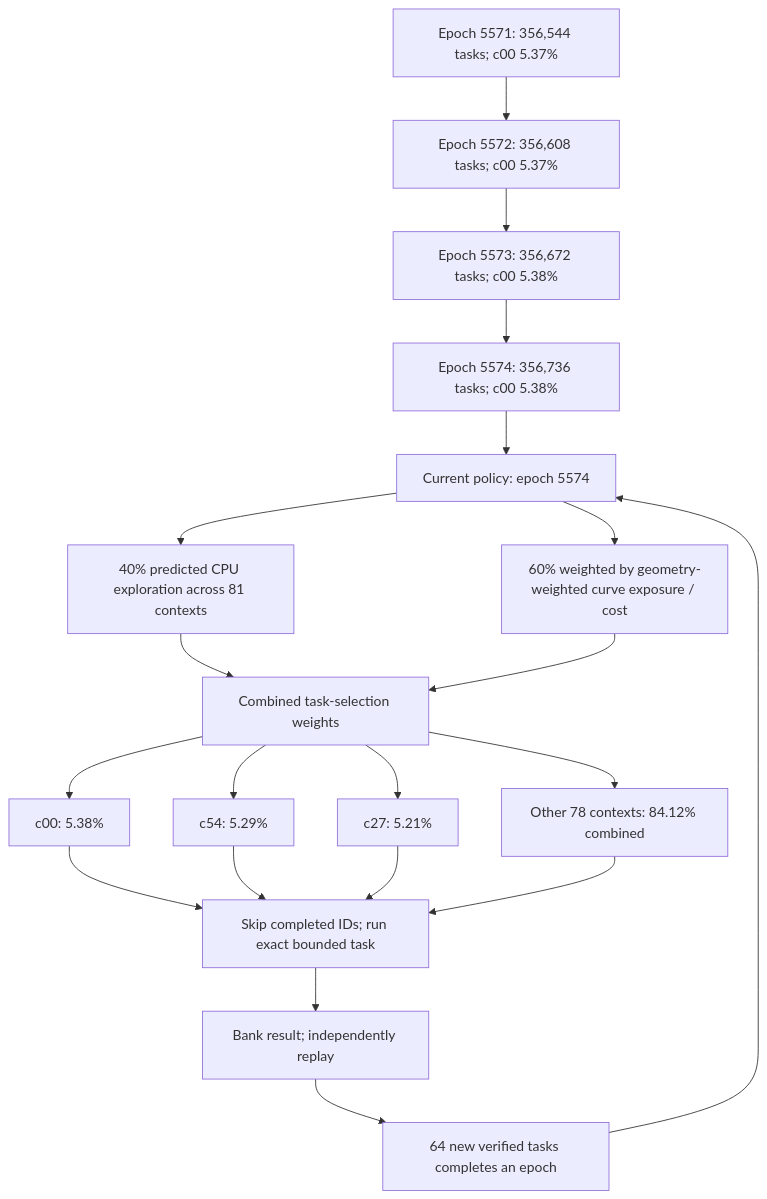
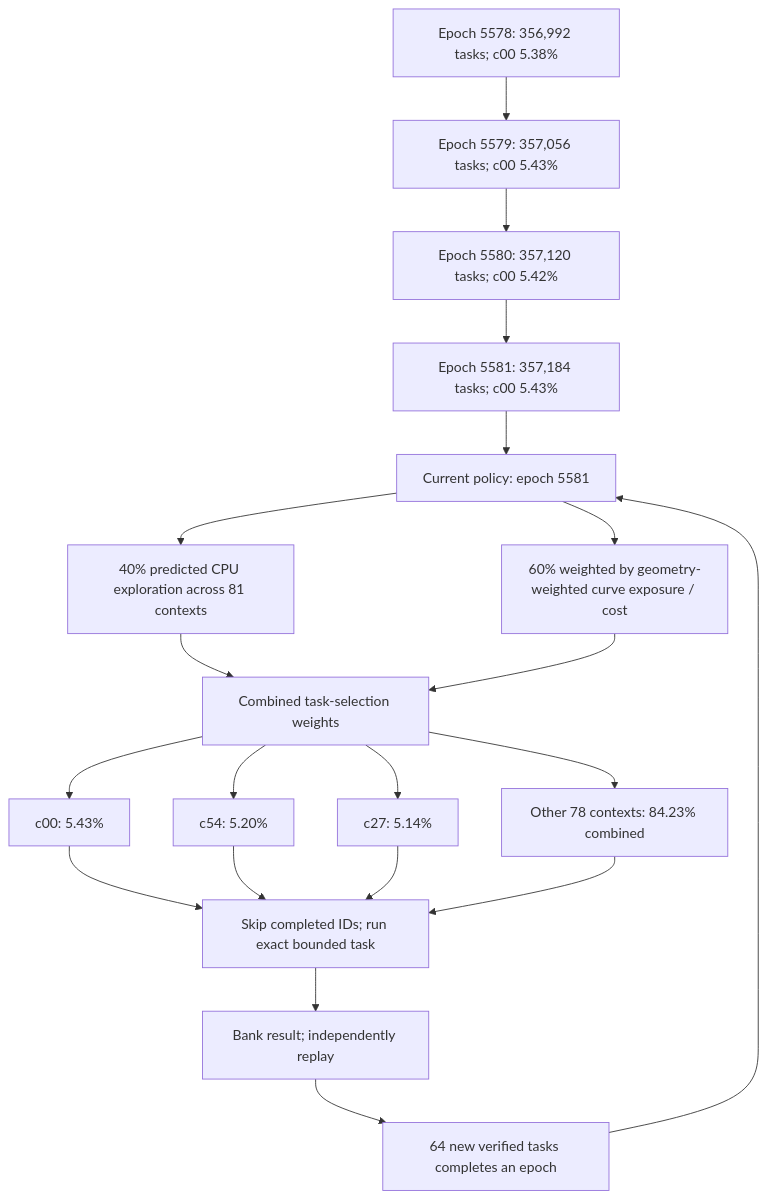
One commit to Kuberwastaken/math-gambling changed the first of 3 diagrams in README.md. Above: the diagram before and after it, drawn with Mermaid. The commit also changed other lines of this file and 1190 other files, not shown here.

````diff
--- a/README.md
+++ b/README.md
@@ -60,27 +60,27 @@
 ```mermaid
 flowchart TD
-    H0["Epoch 5571: 356,544 tasks; c00 5.37%"]
-    H1["Epoch 5572: 356,608 tasks; c00 5.37%"]
+    H0["Epoch 5578: 356,992 tasks; c00 5.38%"]
+    H1["Epoch 5579: 357,056 tasks; c00 5.43%"]
     H0 --> H1
-    H2["Epoch 5573: 356,672 tasks; c00 5.38%"]
+    H2["Epoch 5580: 357,120 tasks; c00 5.42%"]
     H1 --> H2
-    H3["Epoch 5574: 356,736 tasks; c00 5.38%"]
+    H3["Epoch 5581: 357,184 tasks; c00 5.43%"]
     H2 --> H3
-    Policy["Current policy: epoch 5574"]
+    Policy["Current policy: epoch 5581"]
     H3 --> Policy
     Policy --> Explore["40% predicted CPU exploration across 81 contexts"]
     Policy --> Cost["60% weighted by geometry-weighted curve exposure / cost"]
     Explore --> Mix["Combined task-selection weights"]
     Cost --> Mix
-    Mix --> C0["c00: 5.38%"]
-    Mix --> C1["c54: 5.29%"]
-    Mix --> C2["c27: 5.21%"]
-    Mix --> Rest["Other 78 contexts: 84.12% combined"]
+    Mix --> C0["c00: 5.43%"]
+    Mix --> C1["c54: 5.20%"]
+    Mix --> C2["c27: 5.14%"]
+    Mix --> Rest["Other 78 contexts: 84.23% combined"]
     C0 --> Check["Skip completed IDs; run exact bounded task"]
     C1 --> Check
     C2 --> Check
     Rest --> Check
     Check --> Replay["Bank result; independently replay"]
     Replay --> Gate["64 new verified tasks completes an epoch"]
     Gate --> Policy
 ```
````
